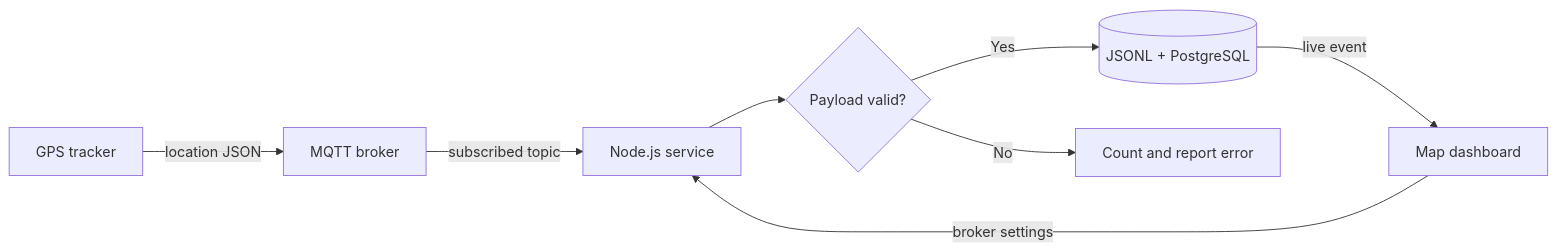
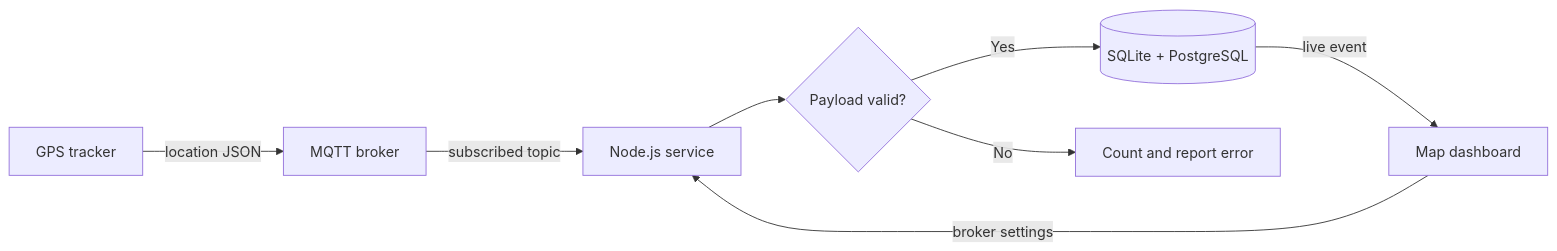
Before and after one commit to Faiisu/WildLifeTracking-NBIOT: the diagram in myprojects/monitor-application/gps_monitoring/README.md, drawn with Mermaid. The commit also changed other lines of this file and 99 other files, not shown here.

````diff
--- a/myprojects/monitor-application/gps_monitoring/README.md
+++ b/myprojects/monitor-application/gps_monitoring/README.md
@@ -18,10 +18,10 @@
 ```mermaid
 flowchart LR
     Tracker[GPS tracker] -->|location JSON| Broker[MQTT broker]
     Broker -->|subscribed topic| Service[Node.js service]
     Service --> Validate{Payload valid?}
-    Validate -->|Yes| Log[(JSONL + PostgreSQL)]
+    Validate -->|Yes| Log[(SQLite + PostgreSQL)]
     Validate -->|No| Reject[Count and report error]
     Log -->|live event| Dashboard[Map dashboard]
     Dashboard -->|broker settings| Service
 ```
````
